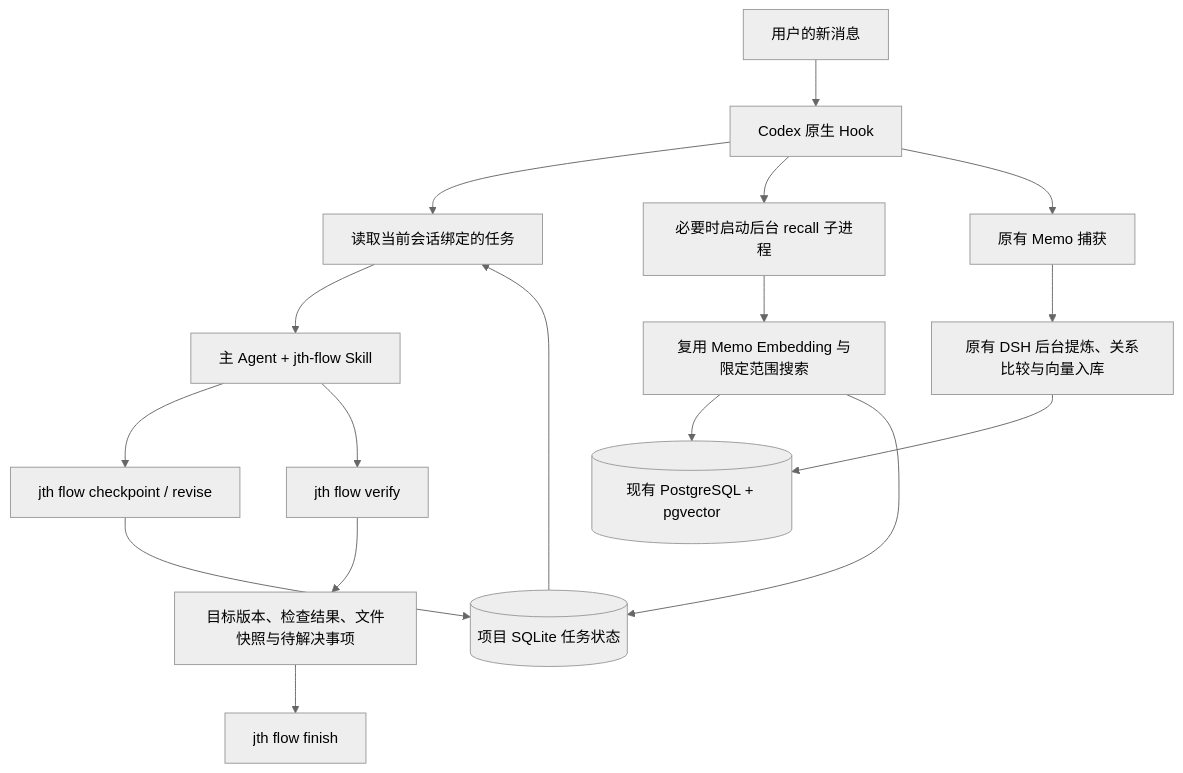
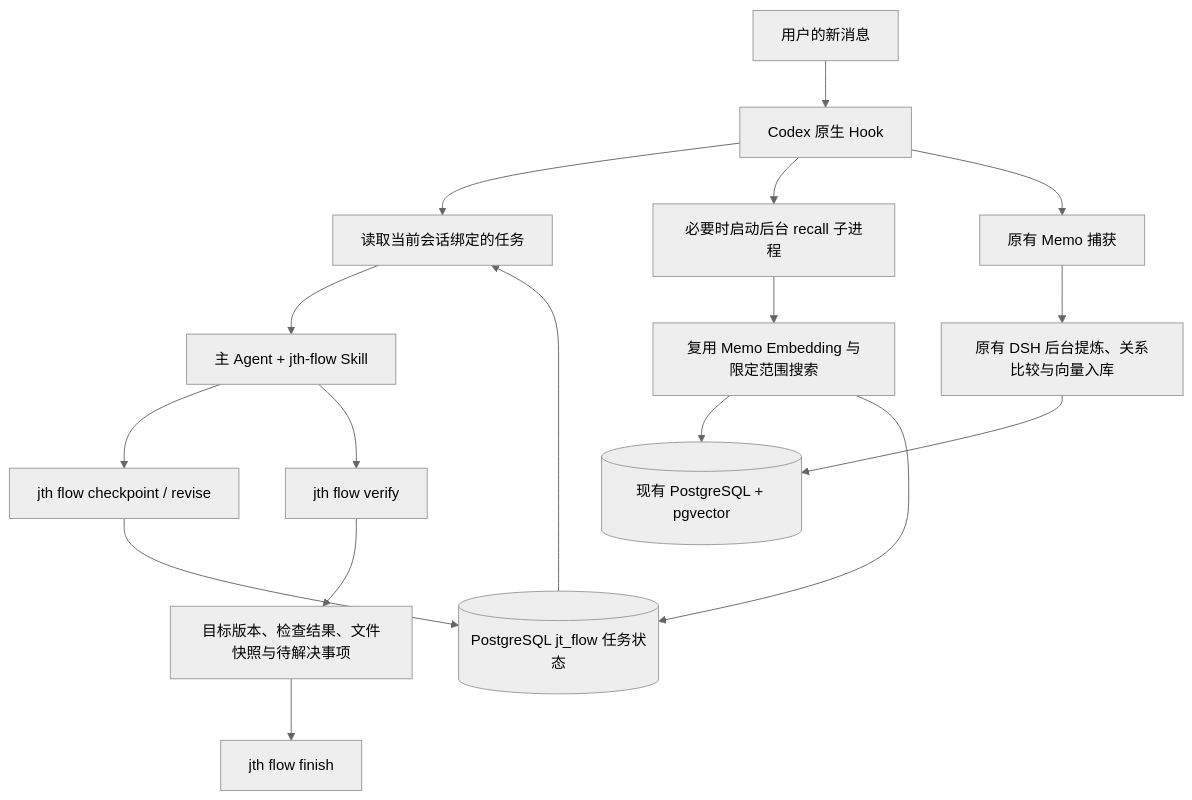
Before and after one commit to JacobZyy/jt-harness: the diagram in docs/flow-control.md, drawn with Mermaid (neutral theme). The commit also changed other lines of this file and 33 other files, not shown here.

Commit message:
feat: manage local PostgreSQL and migrate flow state

````diff
--- a/docs/flow-control.md
+++ b/docs/flow-control.md
@@ -11,19 +11,19 @@
 ```mermaid
 flowchart TD
     U[用户的新消息] --> H[Codex 原生 Hook]
     H --> T[读取当前会话绑定的任务]
     T --> A[主 Agent + jth-flow Skill]
     A --> C[jth flow checkpoint / revise]
-    C --> S[(项目 SQLite 任务状态)]
+    C --> S[(PostgreSQL jt_flow 任务状态)]
     S --> T
     H --> R[必要时启动后台 recall 子进程]
     R --> E[复用 Memo Embedding 与限定范围搜索]
     E --> M[(现有 PostgreSQL + pgvector)]
     E --> S
     A --> V[jth flow verify]
     V --> F[目标版本、检查结果、文件快照与待解决事项]
     F --> D[jth flow finish]
     H --> W[原有 Memo 捕获]
     W --> Q[原有 DSH 后台提炼、关系比较与向量入库]
     Q --> M
 ```
````
